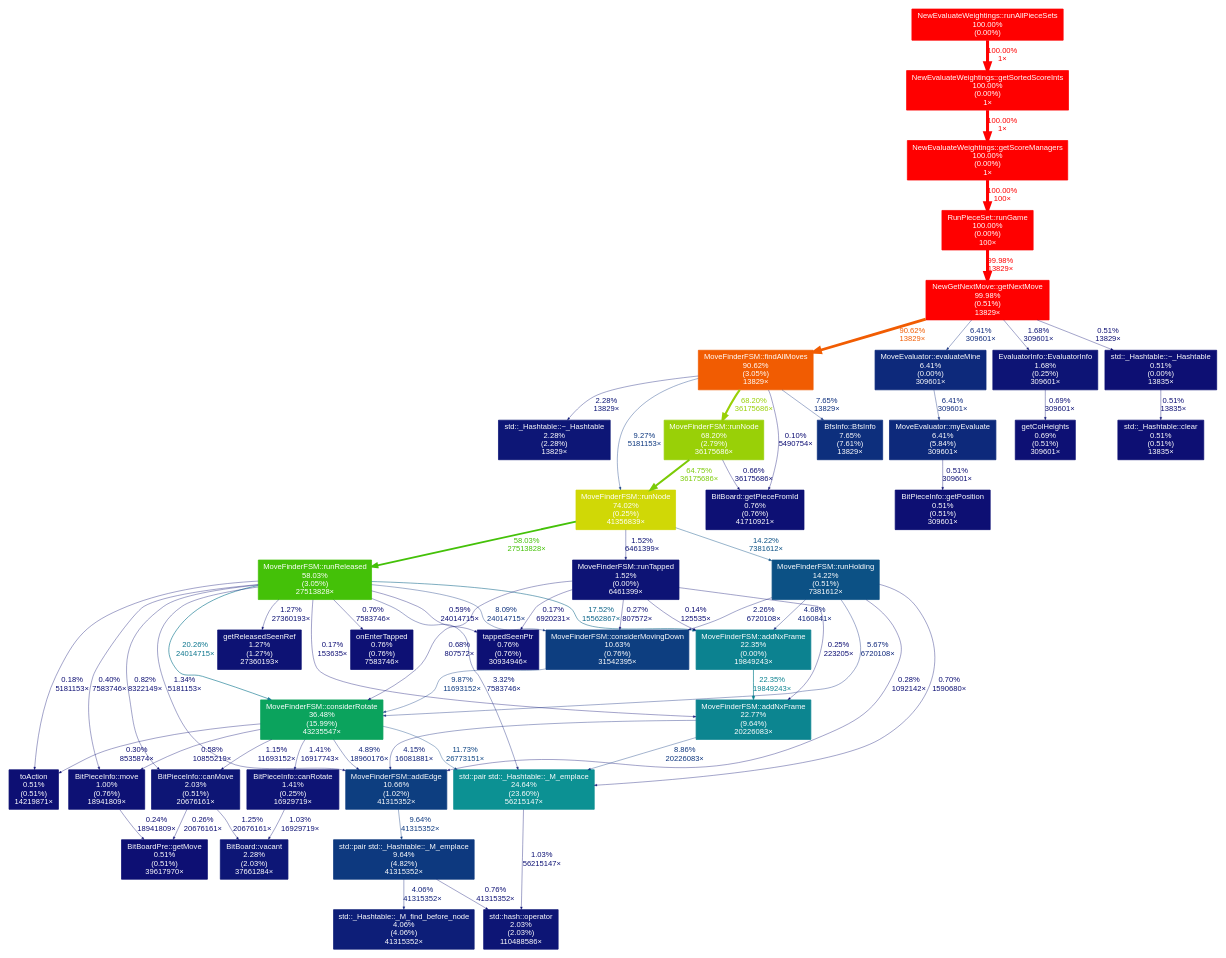
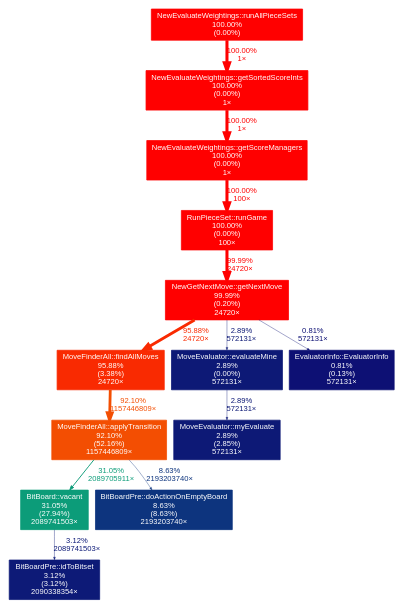
The diagram in cpp/scripts/hi.dot (domsleee/tetrisai), drawn with Graphviz before and after one commit. The commit also changed 20 other files, not shown here.

```diff
--- a/cpp/scripts/hi.dot
+++ b/cpp/scripts/hi.dot
@@ -9,98 +9,22 @@
 	3 [color="#ff0000", fontcolor="#ffffff", fontsize="10.00", label="NewEvaluateWeightings::runAllPieceSets\n100.00%\n(0.00%)"];
 	3 -> 2 [arrowsize="1.00", color="#ff0000", fontcolor="#ff0000", fontsize="10.00", label="100.00%\n1×", labeldistance="4.00", penwidth="4.00"];
 	4 [color="#ff0000", fontcolor="#ffffff", fontsize="10.00", label="RunPieceSet::runGame\n100.00%\n(0.00%)\n100×"];
-	4 -> 5 [arrowsize="1.00", color="#ff0000", fontcolor="#ff0000", fontsize="10.00", label="99.98%\n13829×", labeldistance="4.00", penwidth="4.00"];
-	5 [color="#ff0000", fontcolor="#ffffff", fontsize="10.00", label="NewGetNextMove::getNextMove\n99.98%\n(0.51%)\n13829×"];
-	5 -> 6 [arrowsize="0.95", color="#f15c02", fontcolor="#f15c02", fontsize="10.00", label="90.62%\n13829×", labeldistance="3.62", penwidth="3.62"];
-	5 -> 20 [arrowsize="0.35", color="#0d297b", fontcolor="#0d297b", fontsize="10.00", label="6.41%\n309601×", labeldistance="0.50", penwidth="0.50"];
-	5 -> 26 [arrowsize="0.35", color="#0d1475", fontcolor="#0d1475", fontsize="10.00", label="1.68%\n309601×", labeldistance="0.50", penwidth="0.50"];
-	5 -> 39 [arrowsize="0.35", color="#0d0f73", fontcolor="#0d0f73", fontsize="10.00", label="0.51%\n13829×", labeldistance="0.50", penwidth="0.50"];
-	6 [color="#f15c02", fontcolor="#ffffff", fontsize="10.00", label="MoveFinderFSM::findAllMoves\n90.62%\n(3.05%)\n13829×"];
-	6 -> 7 [arrowsize="0.35", color="#0d377f", fontcolor="#0d377f", fontsize="10.00", label="9.27%\n5181153×", labeldistance="0.50", penwidth="0.50"];
-	6 -> 8 [arrowsize="0.83", color="#99d007", fontcolor="#99d007", fontsize="10.00", label="68.20%\n36175686×", labeldistance="2.73", penwidth="2.73"];
-	6 -> 18 [arrowsize="0.35", color="#0d2f7d", fontcolor="#0d2f7d", fontsize="10.00", label="7.65%\n13829×", labeldistance="0.50", penwidth="0.50"];
-	6 -> 22 [arrowsize="0.35", color="#0d1676", fontcolor="#0d1676", fontsize="10.00", label="2.28%\n13829×", labeldistance="0.50", penwidth="0.50"];
-	6 -> 31 [arrowsize="0.35", color="#0d0d73", fontcolor="#0d0d73", fontsize="10.00", label="0.10%\n5490754×", labeldistance="0.50", penwidth="0.50"];
-	7 [color="#d0d806", fontcolor="#ffffff", fontsize="10.00", label="MoveFinderFSM::runNode\n74.02%\n(0.25%)\n41356839×"];
-	7 -> 9 [arrowsize="0.76", color="#44c108", fontcolor="#44c108", fontsize="10.00", label="58.03%\n27513828×", labeldistance="2.32", penwidth="2.32"];
-	7 -> 14 [arrowsize="0.38", color="#0c5185", fontcolor="#0c5185", fontsize="10.00", label="14.22%\n7381612×", labeldistance="0.57", penwidth="0.57"];
-	7 -> 27 [arrowsize="0.35", color="#0d1375", fontcolor="#0d1375", fontsize="10.00", label="1.52%\n6461399×", labeldistance="0.50", penwidth="0.50"];
-	8 [color="#99d007", fontcolor="#ffffff", fontsize="10.00", label="MoveFinderFSM::runNode\n68.20%\n(2.79%)\n36175686×"];
-	8 -> 7 [arrowsize="0.80", color="#7bcb07", fontcolor="#7bcb07", fontsize="10.00", label="64.75%\n36175686×", labeldistance="2.59", penwidth="2.59"];
-	8 -> 31 [arrowsize="0.35", color="#0d0f74", fontcolor="#0d0f74", fontsize="10.00", label="0.66%\n36175686×", labeldistance="0.50", penwidth="0.50"];
-	9 [color="#44c108", fontcolor="#ffffff", fontsize="10.00", label="MoveFinderFSM::runReleased\n58.03%\n(3.05%)\n27513828×"];
-	9 -> 10 [arrowsize="0.45", color="#0c758d", fontcolor="#0c758d", fontsize="10.00", label="20.26%\n24014715×", labeldistance="0.81", penwidth="0.81"];
-	9 -> 11 [arrowsize="0.35", color="#0d1b77", fontcolor="#0d1b77", fontsize="10.00", label="3.32%\n7583746×", labeldistance="0.50", penwidth="0.50"];
-	9 -> 12 [arrowsize="0.35", color="#0d0d73", fontcolor="#0d0d73", fontsize="10.00", label="0.17%\n153635×", labeldistance="0.50", penwidth="0.50"];
-	9 -> 13 [arrowsize="0.42", color="#0c6489", fontcolor="#0c6489", fontsize="10.00", label="17.52%\n15562867×", labeldistance="0.70", penwidth="0.70"];
-	9 -> 15 [arrowsize="0.35", color="#0d1274", fontcolor="#0d1274", fontsize="10.00", label="1.34%\n5181153×", labeldistance="0.50", penwidth="0.50"];
-	9 -> 16 [arrowsize="0.35", color="#0d317d", fontcolor="#0d317d", fontsize="10.00", label="8.09%\n24014715×", labeldistance="0.50", penwidth="0.50"];
-	9 -> 25 [arrowsize="0.35", color="#0d1074", fontcolor="#0d1074", fontsize="10.00", label="0.82%\n8322149×", labeldistance="0.50", penwidth="0.50"];
-	9 -> 29 [arrowsize="0.35", color="#0d1274", fontcolor="#0d1274", fontsize="10.00", label="1.27%\n27360193×", labeldistance="0.50", penwidth="0.50"];
-	9 -> 30 [arrowsize="0.35", color="#0d0e73", fontcolor="#0d0e73", fontsize="10.00", label="0.40%\n7583746×", labeldistance="0.50", penwidth="0.50"];
-	9 -> 32 [arrowsize="0.35", color="#0d0f74", fontcolor="#0d0f74", fontsize="10.00", label="0.59%\n24014715×", labeldistance="0.50", penwidth="0.50"];
-	9 -> 33 [arrowsize="0.35", color="#0d1074", fontcolor="#0d1074", fontsize="10.00", label="0.76%\n7583746×", labeldistance="0.50", penwidth="0.50"];
-	9 -> 36 [arrowsize="0.35", color="#0d0e73", fontcolor="#0d0e73", fontsize="10.00", label="0.18%\n5181153×", labeldistance="0.50", penwidth="0.50"];
-	10 [color="#0ba35d", fontcolor="#ffffff", fontsize="10.00", label="MoveFinderFSM::considerRotate\n36.48%\n(15.99%)\n43235547×"];
-	10 -> 11 [arrowsize="0.35", color="#0d4482", fontcolor="#0d4482", fontsize="10.00", label="11.73%\n26773151×", labeldistance="0.50", penwidth="0.50"];
-	10 -> 15 [arrowsize="0.35", color="#0d2279", fontcolor="#0d2279", fontsize="10.00", label="4.89%\n18960176×", labeldistance="0.50", penwidth="0.50"];
-	10 -> 25 [arrowsize="0.35", color="#0d1174", fontcolor="#0d1174", fontsize="10.00", label="1.15%\n11693152×", labeldistance="0.50", penwidth="0.50"];
-	10 -> 28 [arrowsize="0.35", color="#0d1375", fontcolor="#0d1375", fontsize="10.00", label="1.41%\n16917743×", labeldistance="0.50", penwidth="0.50"];
-	10 -> 30 [arrowsize="0.35", color="#0d0f73", fontcolor="#0d0f73", fontsize="10.00", label="0.58%\n10855219×", labeldistance="0.50", penwidth="0.50"];
-	10 -> 36 [arrowsize="0.35", color="#0d0e73", fontcolor="#0d0e73", fontsize="10.00", label="0.30%\n8535874×", labeldistance="0.50", penwidth="0.50"];
-	11 [color="#0c9193", fontcolor="#ffffff", fontsize="10.00", label="std::pair std::_Hashtable::_M_emplace\n24.64%\n(23.60%)\n56215147×"];
-	11 -> 24 [arrowsize="0.35", color="#0d1174", fontcolor="#0d1174", fontsize="10.00", label="1.03%\n56215147×", labeldistance="0.50", penwidth="0.50"];
-	12 [color="#0c8590", fontcolor="#ffffff", fontsize="10.00", label="MoveFinderFSM::addNxFrame\n22.77%\n(9.64%)\n20226083×"];
-	12 -> 11 [arrowsize="0.35", color="#0d357e", fontcolor="#0d357e", fontsize="10.00", label="8.86%\n20226083×", labeldistance="0.50", penwidth="0.50"];
-	12 -> 15 [arrowsize="0.35", color="#0d1f78", fontcolor="#0d1f78", fontsize="10.00", label="4.15%\n16081881×", labeldistance="0.50", penwidth="0.50"];
-	13 [color="#0c8290", fontcolor="#ffffff", fontsize="10.00", label="MoveFinderFSM::addNxFrame\n22.35%\n(0.00%)\n19849243×"];
-	13 -> 12 [arrowsize="0.47", color="#0c8290", fontcolor="#0c8290", fontsize="10.00", label="22.35%\n19849243×", labeldistance="0.89", penwidth="0.89"];
-	14 [color="#0c5185", fontcolor="#ffffff", fontsize="10.00", label="MoveFinderFSM::runHolding\n14.22%\n(0.51%)\n7381612×"];
-	14 -> 10 [arrowsize="0.35", color="#0d267a", fontcolor="#0d267a", fontsize="10.00", label="5.67%\n6720108×", labeldistance="0.50", penwidth="0.50"];
-	14 -> 11 [arrowsize="0.35", color="#0d1074", fontcolor="#0d1074", fontsize="10.00", label="0.70%\n1590680×", labeldistance="0.50", penwidth="0.50"];
-	14 -> 13 [arrowsize="0.35", color="#0d2179", fontcolor="#0d2179", fontsize="10.00", label="4.68%\n4160841×", labeldistance="0.50", penwidth="0.50"];
-	14 -> 15 [arrowsize="0.35", color="#0d0e73", fontcolor="#0d0e73", fontsize="10.00", label="0.28%\n1092142×", labeldistance="0.50", penwidth="0.50"];
-	14 -> 16 [arrowsize="0.35", color="#0d1676", fontcolor="#0d1676", fontsize="10.00", label="2.26%\n6720108×", labeldistance="0.50", penwidth="0.50"];
-	15 [color="#0d3e80", fontcolor="#ffffff", fontsize="10.00", label="MoveFinderFSM::addEdge\n10.66%\n(1.02%)\n41315352×"];
-	15 -> 17 [arrowsize="0.35", color="#0d397f", fontcolor="#0d397f", fontsize="10.00", label="9.64%\n41315352×", labeldistance="0.50", penwidth="0.50"];
-	16 [color="#0d3e80", fontcolor="#ffffff", fontsize="10.00", label="MoveFinderFSM::considerMovingDown\n10.63%\n(0.76%)\n31542395×"];
-	16 -> 10 [arrowsize="0.35", color="#0d3a7f", fontcolor="#0d3a7f", fontsize="10.00", label="9.87%\n11693152×", labeldistance="0.50", penwidth="0.50"];
-	17 [color="#0d397f", fontcolor="#ffffff", fontsize="10.00", label="std::pair std::_Hashtable::_M_emplace\n9.64%\n(4.82%)\n41315352×"];
-	17 -> 21 [arrowsize="0.35", color="#0d1e78", fontcolor="#0d1e78", fontsize="10.00", label="4.06%\n41315352×", labeldistance="0.50", penwidth="0.50"];
-	17 -> 24 [arrowsize="0.35", color="#0d1074", fontcolor="#0d1074", fontsize="10.00", label="0.76%\n41315352×", labeldistance="0.50", penwidth="0.50"];
-	18 [color="#0d2f7d", fontcolor="#ffffff", fontsize="10.00", label="BfsInfo::BfsInfo\n7.65%\n(7.61%)\n13829×"];
-	19 [color="#0d297b", fontcolor="#ffffff", fontsize="10.00", label="MoveEvaluator::myEvaluate\n6.41%\n(5.84%)\n309601×"];
-	19 -> 37 [arrowsize="0.35", color="#0d0f73", fontcolor="#0d0f73", fontsize="10.00", label="0.51%\n309601×", labeldistance="0.50", penwidth="0.50"];
-	20 [color="#0d297b", fontcolor="#ffffff", fontsize="10.00", label="MoveEvaluator::evaluateMine\n6.41%\n(0.00%)\n309601×"];
-	20 -> 19 [arrowsize="0.35", color="#0d297b", fontcolor="#0d297b", fontsize="10.00", label="6.41%\n309601×", labeldistance="0.50", penwidth="0.50"];
-	21 [color="#0d1e78", fontcolor="#ffffff", fontsize="10.00", label="std::_Hashtable::_M_find_before_node\n4.06%\n(4.06%)\n41315352×"];
-	22 [color="#0d1676", fontcolor="#ffffff", fontsize="10.00", label="std::_Hashtable::~_Hashtable\n2.28%\n(2.28%)\n13829×"];
-	23 [color="#0d1676", fontcolor="#ffffff", fontsize="10.00", label="BitBoard::vacant\n2.28%\n(2.03%)\n37661284×"];
-	24 [color="#0d1575", fontcolor="#ffffff", fontsize="10.00", label="std::hash::operator\n2.03%\n(2.03%)\n110488586×"];
-	25 [color="#0d1575", fontcolor="#ffffff", fontsize="10.00", label="BitPieceInfo::canMove\n2.03%\n(0.51%)\n20676161×"];
-	25 -> 23 [arrowsize="0.35", color="#0d1274", fontcolor="#0d1274", fontsize="10.00", label="1.25%\n20676161×", labeldistance="0.50", penwidth="0.50"];
-	25 -> 35 [arrowsize="0.35", color="#0d0e73", fontcolor="#0d0e73", fontsize="10.00", label="0.26%\n20676161×", labeldistance="0.50", penwidth="0.50"];
-	26 [color="#0d1475", fontcolor="#ffffff", fontsize="10.00", label="EvaluatorInfo::EvaluatorInfo\n1.68%\n(0.25%)\n309601×"];
-	26 -> 34 [arrowsize="0.35", color="#0d1074", fontcolor="#0d1074", fontsize="10.00", label="0.69%\n309601×", labeldistance="0.50", penwidth="0.50"];
-	27 [color="#0d1375", fontcolor="#ffffff", fontsize="10.00", label="MoveFinderFSM::runTapped\n1.52%\n(0.00%)\n6461399×"];
-	27 -> 10 [arrowsize="0.35", color="#0d1074", fontcolor="#0d1074", fontsize="10.00", label="0.68%\n807572×", labeldistance="0.50", penwidth="0.50"];
-	27 -> 12 [arrowsize="0.35", color="#0d0e73", fontcolor="#0d0e73", fontsize="10.00", label="0.25%\n223205×", labeldistance="0.50", penwidth="0.50"];
-	27 -> 13 [arrowsize="0.35", color="#0d0d73", fontcolor="#0d0d73", fontsize="10.00", label="0.14%\n125535×", labeldistance="0.50", penwidth="0.50"];
-	27 -> 16 [arrowsize="0.35", color="#0d0e73", fontcolor="#0d0e73", fontsize="10.00", label="0.27%\n807572×", labeldistance="0.50", penwidth="0.50"];
-	27 -> 32 [arrowsize="0.35", color="#0d0d73", fontcolor="#0d0d73", fontsize="10.00", label="0.17%\n6920231×", labeldistance="0.50", penwidth="0.50"];
-	28 [color="#0d1375", fontcolor="#ffffff", fontsize="10.00", label="BitPieceInfo::canRotate\n1.41%\n(0.25%)\n16929719×"];
-	28 -> 23 [arrowsize="0.35", color="#0d1174", fontcolor="#0d1174", fontsize="10.00", label="1.03%\n16929719×", labeldistance="0.50", penwidth="0.50"];
-	29 [color="#0d1274", fontcolor="#ffffff", fontsize="10.00", label="getReleasedSeenRef\n1.27%\n(1.27%)\n27360193×"];
-	30 [color="#0d1174", fontcolor="#ffffff", fontsize="10.00", label="BitPieceInfo::move\n1.00%\n(0.76%)\n18941809×"];
-	30 -> 35 [arrowsize="0.35", color="#0d0e73", fontcolor="#0d0e73", fontsize="10.00", label="0.24%\n18941809×", labeldistance="0.50", penwidth="0.50"];
-	31 [color="#0d1074", fontcolor="#ffffff", fontsize="10.00", label="BitBoard::getPieceFromId\n0.76%\n(0.76%)\n41710921×"];
-	32 [color="#0d1074", fontcolor="#ffffff", fontsize="10.00", label="tappedSeenPtr\n0.76%\n(0.76%)\n30934946×"];
-	33 [color="#0d1074", fontcolor="#ffffff", fontsize="10.00", label="onEnterTapped\n0.76%\n(0.76%)\n7583746×"];
-	34 [color="#0d1074", fontcolor="#ffffff", fontsize="10.00", label="getColHeights\n0.69%\n(0.51%)\n309601×"];
-	35 [color="#0d0f73", fontcolor="#ffffff", fontsize="10.00", label="BitBoardPre::getMove\n0.51%\n(0.51%)\n39617970×"];
-	36 [color="#0d0f73", fontcolor="#ffffff", fontsize="10.00", label="toAction\n0.51%\n(0.51%)\n14219871×"];
-	37 [color="#0d0f73", fontcolor="#ffffff", fontsize="10.00", label="BitPieceInfo::getPosition\n0.51%\n(0.51%)\n309601×"];
-	38 [color="#0d0f73", fontcolor="#ffffff", fontsize="10.00", label="std::_Hashtable::clear\n0.51%\n(0.51%)\n13835×"];
-	39 [color="#0d0f73", fontcolor="#ffffff", fontsize="10.00", label="std::_Hashtable::~_Hashtable\n0.51%\n(0.00%)\n13835×"];
-	39 -> 38 [arrowsize="0.35", color="#0d0f73", fontcolor="#0d0f73", fontsize="10.00", label="0.51%\n13835×", labeldistance="0.50", penwidth="0.50"];
+	4 -> 5 [arrowsize="1.00", color="#ff0000", fontcolor="#ff0000", fontsize="10.00", label="99.99%\n24720×", labeldistance="4.00", penwidth="4.00"];
+	5 [color="#ff0000", fontcolor="#ffffff", fontsize="10.00", label="NewGetNextMove::getNextMove\n99.99%\n(0.20%)\n24720×"];
+	5 -> 6 [arrowsize="0.98", color="#f92a01", fontcolor="#f92a01", fontsize="10.00", label="95.88%\n24720×", labeldistance="3.84", penwidth="3.84"];
+	5 -> 12 [arrowsize="0.35", color="#0d1976", fontcolor="#0d1976", fontsize="10.00", label="2.89%\n572131×", labeldistance="0.50", penwidth="0.50"];
+	5 -> 13 [arrowsize="0.35", color="#0d1074", fontcolor="#0d1074", fontsize="10.00", label="0.81%\n572131×", labeldistance="0.50", penwidth="0.50"];
+	6 [color="#f92a01", fontcolor="#ffffff", fontsize="10.00", label="MoveFinderAll::findAllMoves\n95.88%\n(3.38%)\n24720×"];
+	6 -> 7 [arrowsize="0.96", color="#f34e02", fontcolor="#f34e02", fontsize="10.00", label="92.10%\n1157446809×", labeldistance="3.68", penwidth="3.68"];
+	7 [color="#f34e02", fontcolor="#ffffff", fontsize="10.00", label="MoveFinderAll::applyTransition\n92.10%\n(52.16%)\n1157446809×"];
+	7 -> 8 [arrowsize="0.56", color="#0c9c79", fontcolor="#0c9c79", fontsize="10.00", label="31.05%\n2089705911×", labeldistance="1.24", penwidth="1.24"];
+	7 -> 9 [arrowsize="0.35", color="#0d347e", fontcolor="#0d347e", fontsize="10.00", label="8.63%\n2193203740×", labeldistance="0.50", penwidth="0.50"];
+	8 [color="#0c9c79", fontcolor="#ffffff", fontsize="10.00", label="BitBoard::vacant\n31.05%\n(27.94%)\n2089741503×"];
+	8 -> 10 [arrowsize="0.35", color="#0d1a77", fontcolor="#0d1a77", fontsize="10.00", label="3.12%\n2089741503×", labeldistance="0.50", penwidth="0.50"];
+	9 [color="#0d347e", fontcolor="#ffffff", fontsize="10.00", label="BitBoardPre::doActionOnEmptyBoard\n8.63%\n(8.63%)\n2193203740×"];
+	10 [color="#0d1a77", fontcolor="#ffffff", fontsize="10.00", label="BitBoardPre::idToBitset\n3.12%\n(3.12%)\n2090338354×"];
+	11 [color="#0d1976", fontcolor="#ffffff", fontsize="10.00", label="MoveEvaluator::myEvaluate\n2.89%\n(2.85%)\n572131×"];
+	12 [color="#0d1976", fontcolor="#ffffff", fontsize="10.00", label="MoveEvaluator::evaluateMine\n2.89%\n(0.00%)\n572131×"];
+	12 -> 11 [arrowsize="0.35", color="#0d1976", fontcolor="#0d1976", fontsize="10.00", label="2.89%\n572131×", labeldistance="0.50", penwidth="0.50"];
+	13 [color="#0d1074", fontcolor="#ffffff", fontsize="10.00", label="EvaluatorInfo::EvaluatorInfo\n0.81%\n(0.13%)\n572131×"];
 }
```
